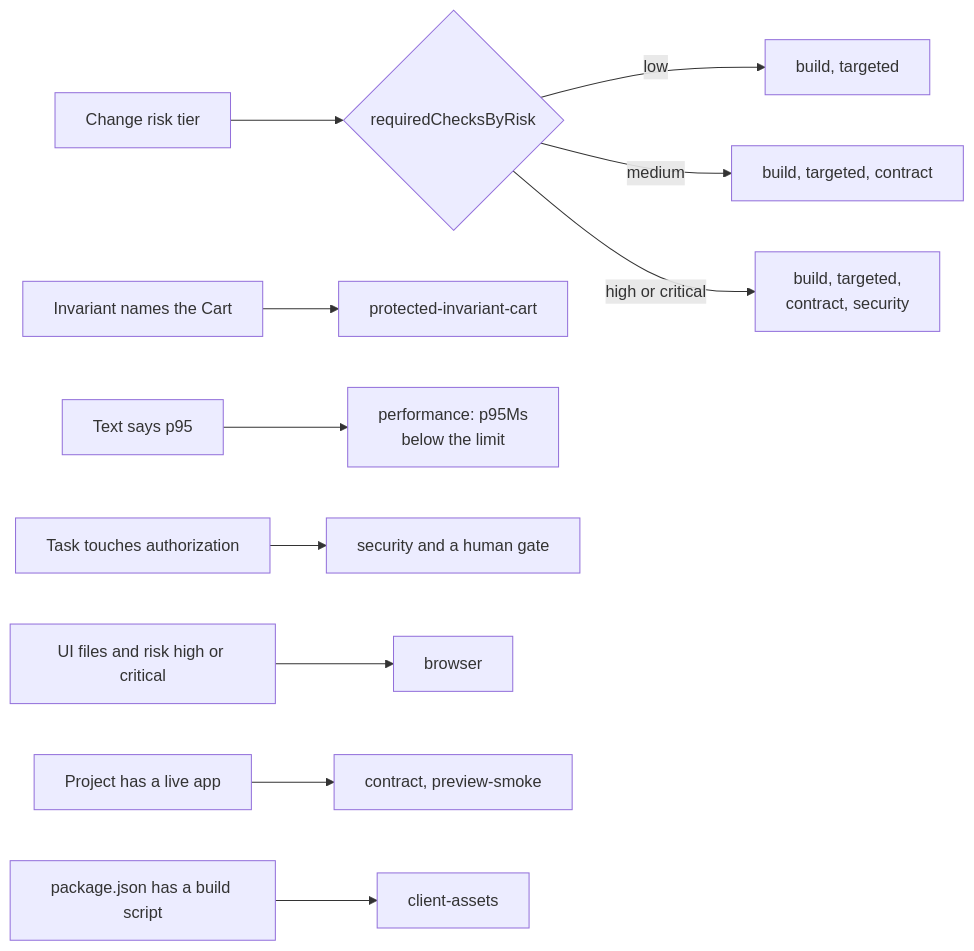
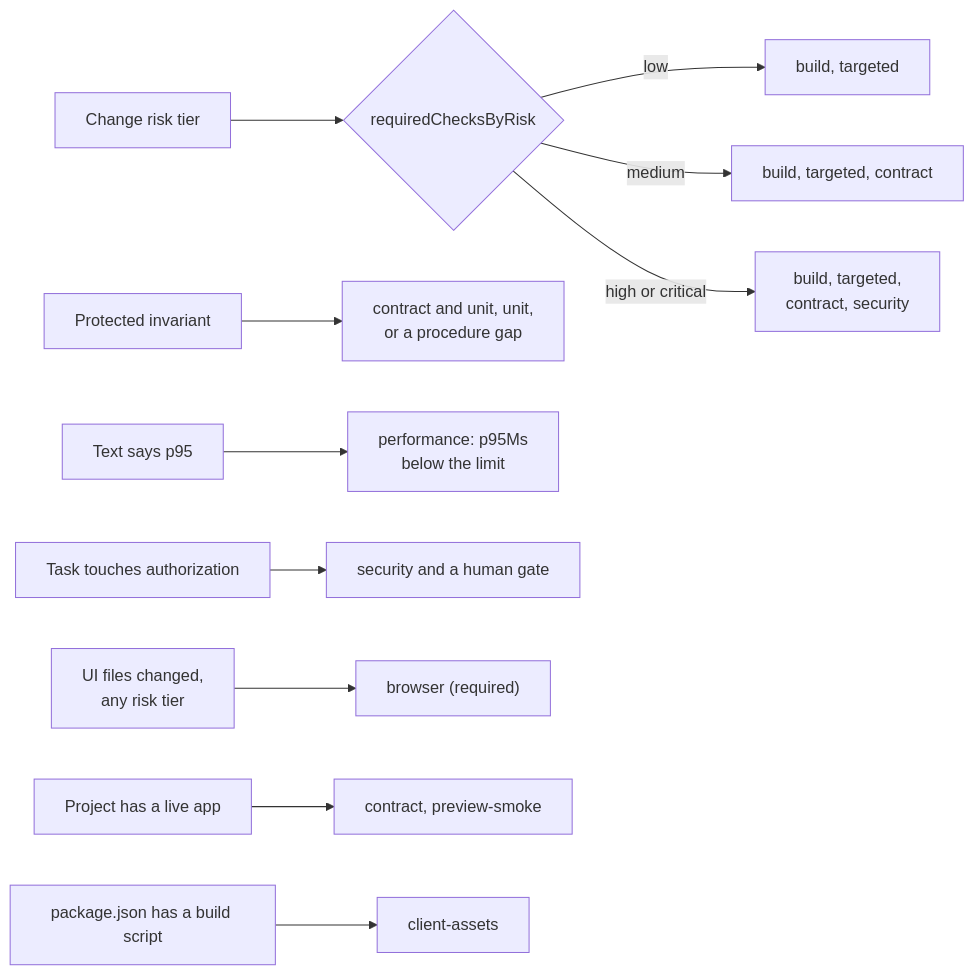
Before and after one commit to nsudhanva/rhumbatron: the fifth of 8 diagrams in docs/architecture/source-and-verification.md, drawn with Mermaid. The commit also changed other lines of this file and 55 other files, not shown here.

````diff
--- a/docs/architecture/source-and-verification.md
+++ b/docs/architecture/source-and-verification.md
@@ -218,13 +233,13 @@
 ```mermaid
 flowchart LR
   RISK["Change risk tier"] --> POL{"requiredChecksByRisk"}
   POL -->|"low"| LOW["build, targeted"]
   POL -->|"medium"| MED["build, targeted, contract"]
   POL -->|"high or critical"| HIGH["build, targeted,<br/>contract, security"]
-  T1["Invariant names the Cart"] --> CART["protected-invariant-cart"]
+  T1["Protected invariant"] --> INV["contract and unit, unit,<br/>or a procedure gap"]
   T2["Text says p95"] --> PERF["performance: p95Ms<br/>below the limit"]
   T3["Task touches authorization"] --> SEC["security and a human gate"]
-  T4["UI files and risk high or critical"] --> BRW["browser"]
+  T4["UI files changed,<br/>any risk tier"] --> BRW["browser (required)"]
   T5["Project has a live app"] --> LIVE["contract, preview-smoke"]
   T6["package.json has a build script"] --> CA["client-assets"]
 ```
````
